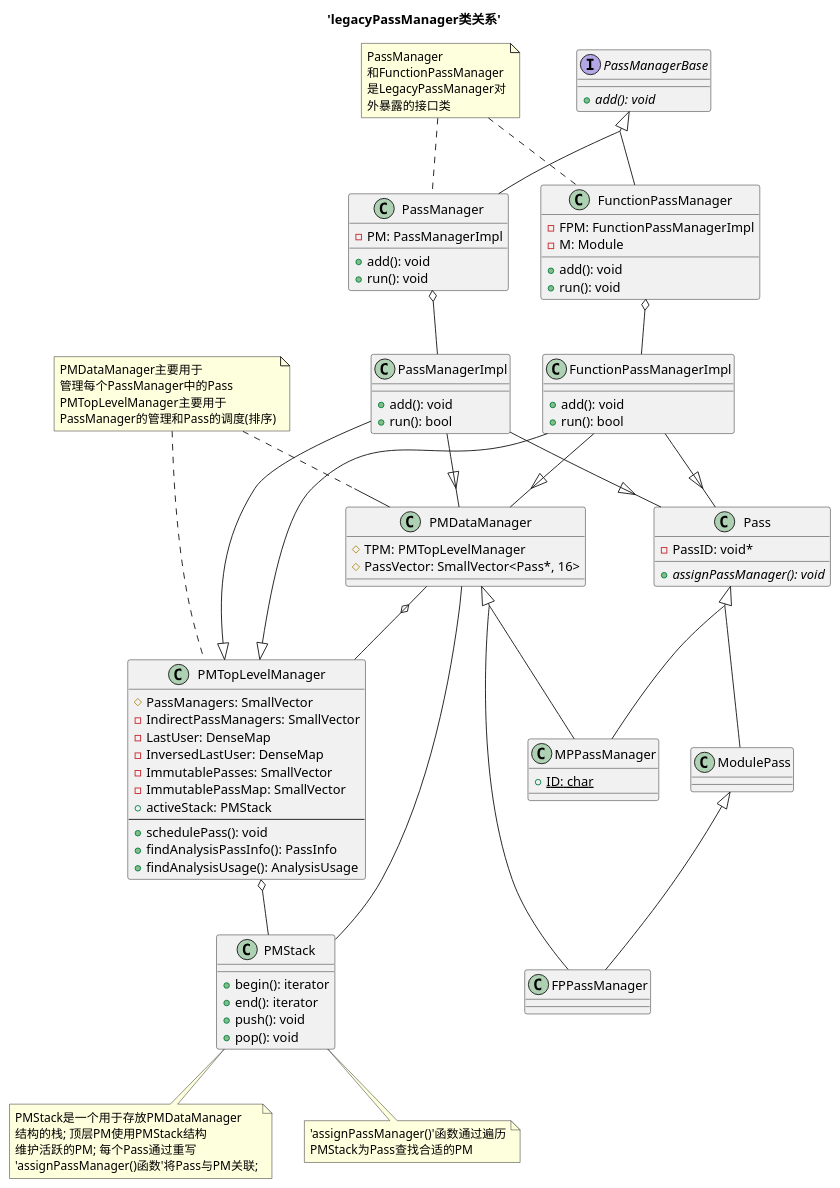
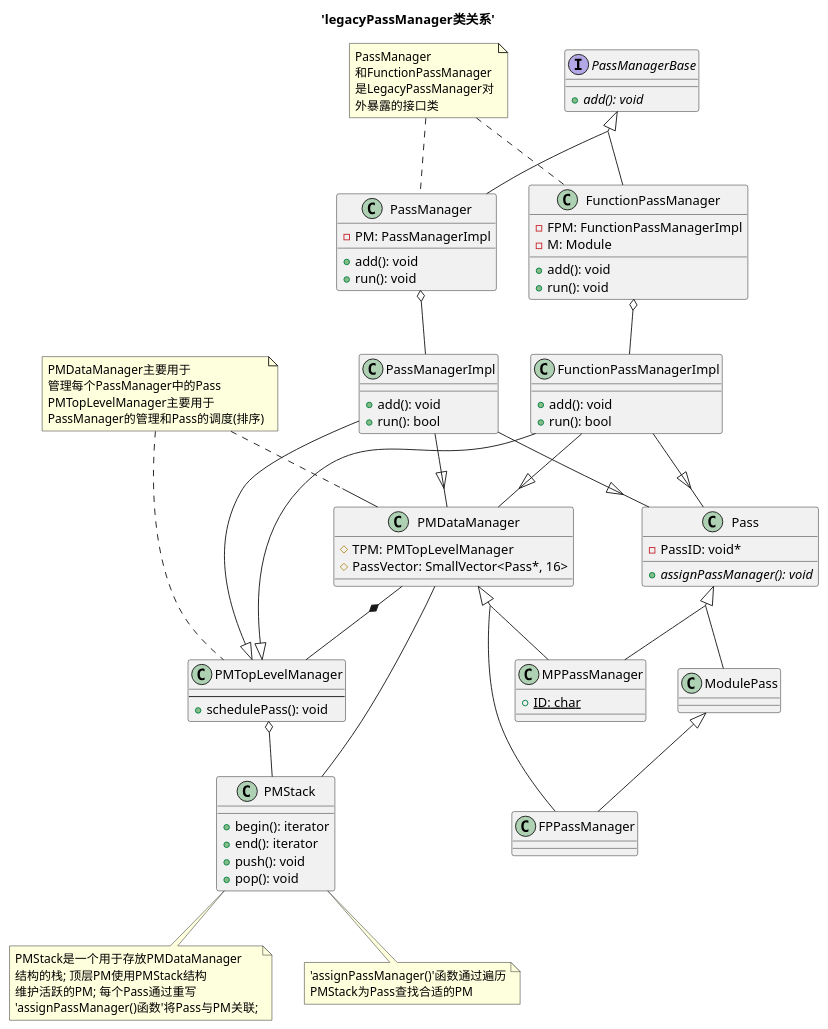
One commit to Jayson-du/ZPU_summary changed the diagram in chapter_2/plantuml/inheritance.wsd. Above: the diagram before and after it, drawn with PlantUML. The commit also changed 2 other files, not shown here.

Commit message:
build: learn new pass manager

```diff
--- a/chapter_2/plantuml/inheritance.wsd
+++ b/chapter_2/plantuml/inheritance.wsd
@@ -1,165 +1,165 @@
 @startuml
 
 title 'legacyPassManager类关系'
 
 skinparam groupInheritance 2
 
 top to bottom direction
 
 ' 类定义
 
 ' Pass管理器抽象接口
 interface PassManagerBase {
   {abstract} +add(): void
 }
 
 together {
 
   ' legacy PassManager管理FunctionPass
   class FunctionPassManager {
     + add(): void
     + run(): void
     - FPM: FunctionPassManagerImpl
     - M: Module
   }
 
   ' legacy PassManager管理ModulePassManager
   class PassManager {
     + add(): void
     + run(): void
     - PM: PassManagerImpl
   }
 
 }
 
 together {
 
   class PassManagerImpl {
     + add(): void
     + run(): bool
   }
 
   class FunctionPassManagerImpl {
     + add(): void
     + run(): bool
   }
 
 }
 
 
 ' -----*------
 together {
 
   class PMStack {
     + begin(): iterator
     + end(): iterator
     + push(): void
     + pop(): void
   }
 
   class PMDataManager {
     # TPM: PMTopLevelManager
     # PassVector: SmallVector<Pass*, 16>
   }
 
   class PMTopLevelManager {
-    # PassManagers: SmallVector
-    - IndirectPassManagers: SmallVector
-    - LastUser: DenseMap
-    - InversedLastUser: DenseMap
-    - ImmutablePasses: SmallVector
-    - ImmutablePassMap: SmallVector
-    + activeStack: PMStack
+    ' # PassManagers: SmallVector
+    ' - IndirectPassManagers: SmallVector
+    ' - LastUser: DenseMap
+    ' - InversedLastUser: DenseMap
+    ' - ImmutablePasses: SmallVector
+    ' - ImmutablePassMap: SmallVector
+    ' + activeStack: PMStack
     ----
     + schedulePass(): void
-    + findAnalysisPassInfo(): PassInfo
-    + findAnalysisUsage(): AnalysisUsage
+    ' + findAnalysisPassInfo(): PassInfo
+    ' + findAnalysisUsage(): AnalysisUsage
   }
 
 }
 
 class Pass {
   - PassID: void*
   {abstract} + assignPassManager(): void
 }
 
 together {
 
   class ModulePass {
 
   }
 
   class FPPassManager {
 
   }
 
 }
 
 class MPPassManager {
   {static} + ID: char
 }
 
 
 ' *****************
 ' ***** 类关系 *****
 ' *****************
 
 ' PassManagerBase类关系
 PassManagerBase                     <|-down-                  PassManager
 PassManagerBase                     <|-down-                  FunctionPassManager
 
 ' PassManager类关系
 PassManager                         o-down-                   PassManagerImpl
 
 ' PassManagerImpl类关系
 PassManagerImpl                     -down-|>                  PMTopLevelManager
 PassManagerImpl                     -down-|>                  PMDataManager
 PassManagerImpl                     -down-|>                  Pass
 
 ' FunctionPassManager类关系
 FunctionPassManager                 o-down-                   FunctionPassManagerImpl
 
 ' FunctionPassManagerImpl类关系
 FunctionPassManagerImpl             -down-|>                  PMTopLevelManager
 FunctionPassManagerImpl             -down-|>                  PMDataManager
 FunctionPassManagerImpl             -down-|>                  Pass
 
 ' PMTopLevelManager类关系
 PMTopLevelManager                   o-down-                   PMStack
 
 ' PMDataManager类关系
 PMDataManager                       -                         PMStack
 
 ' PMTopLevelManager与PMDataManager之间的关系
-PMDataManager                       o-down-                   PMTopLevelManager
+PMDataManager                       *--                       PMTopLevelManager
 
 ' ModulePass类关系
 ModulePass                          -up-|>                    Pass
 
 ' FPPassManager类关系
 FPPassManager                       -up-|>                    PMDataManager
 FPPassManager                       -up-|>                    ModulePass
 
 ' MPPassManger类关系
 MPPassManager                       -up-|>                    Pass
 MPPassManager                       -up-|>                    PMDataManager
 
 ' ***** 注释 *****
 note "PassManager\n和FunctionPassManager\n是LegacyPassManager对\n外暴露的接口类" as export_interface
 
 note "PMDataManager主要用于\n管理每个PassManager中的Pass\nPMTopLevelManager主要用于\nPassManager的管理和Pass的调度(排序)" as pm_effect
 
 note "PMStack是一个用于存放PMDataManager\n结构的栈; 顶层PM使用PMStack结构\n维护活跃的PM; 每个Pass通过重写\n'assignPassManager()函数'将Pass与PM关联;" as pmstack_spec_0
 note "'assignPassManager()'函数通过遍历\nPMStack为Pass查找合适的PM" as pmstack_spec_1
 
 ' ***** 注释 *****
 PassManager                       .up.                        export_interface
 FunctionPassManager               .up.                        export_interface
 
 PMDataManager                     .up.                        pm_effect
 PMTopLevelManager                 .up.                        pm_effect
 
 PMStack                           ..                          pmstack_spec_0
 PMStack                           ..                          pmstack_spec_1
 
 @enduml
```
